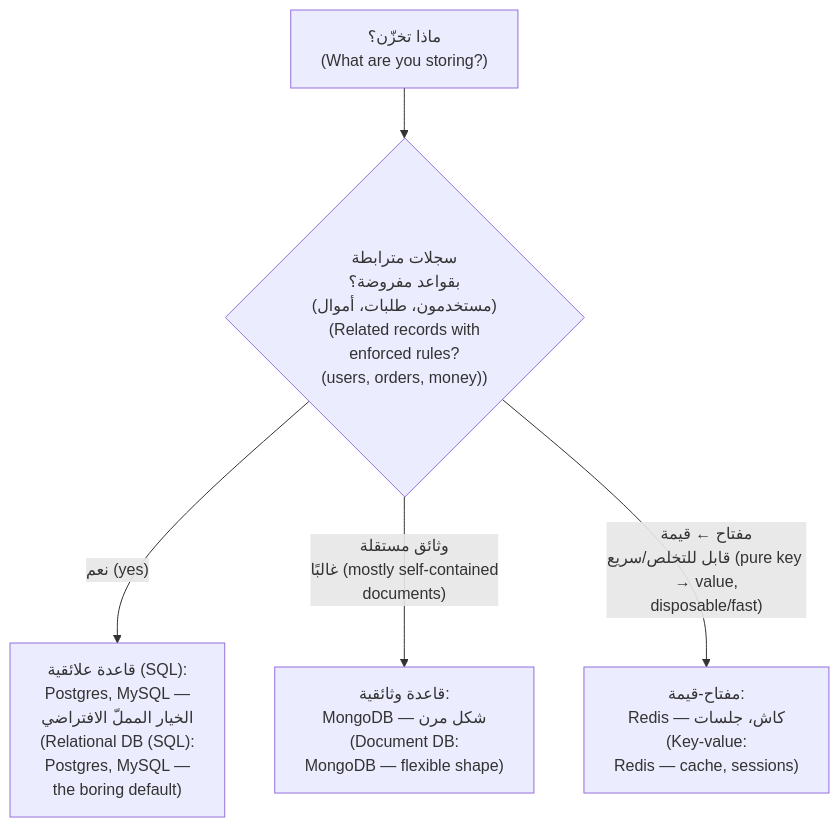
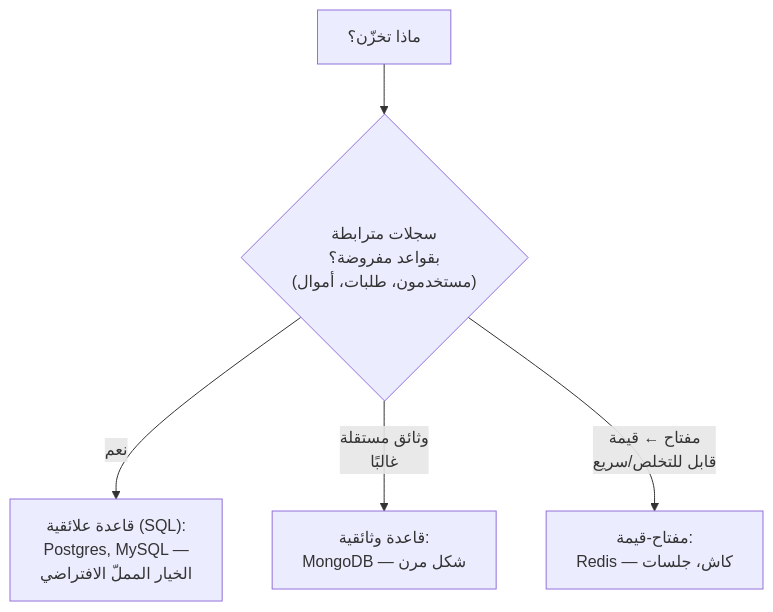
Before and after one commit to Tamoura/system-design-for-vibe-coders: the first of 10 diagrams in modules/02-data-storage-backups/module.ar.md, drawn with Mermaid. The commit also changed other lines of this file and 551 other files, not shown here.

````diff
--- a/modules/02-data-storage-backups/module.ar.md
+++ b/modules/02-data-storage-backups/module.ar.md
@@ -70,7 +70,7 @@
 ```mermaid
 flowchart TD
-    Q["ماذا تخزّن؟<br/>(What are you storing?)"] --> A{"سجلات مترابطة<br/>بقواعد مفروضة؟<br/>(مستخدمون، طلبات، أموال)<br/>(Related records with<br/>enforced rules?<br/>(users, orders, money))"}
-    A -->|"نعم (yes)"| SQL["قاعدة علائقية (SQL):<br/>Postgres, MySQL —<br/>الخيار المملّ الافتراضي<br/>(Relational DB (SQL):<br/>Postgres, MySQL —<br/>the boring default)"]
-    A -->|"وثائق مستقلة<br/>غالبًا (mostly self-contained<br/>documents)"| DOC["قاعدة وثائقية:<br/>MongoDB — شكل مرن<br/>(Document DB:<br/>MongoDB — flexible shape)"]
-    A -->|"مفتاح ← قيمة<br/>قابل للتخلص/سريع (pure key → value,<br/>disposable/fast)"| KV["مفتاح-قيمة:<br/>Redis — كاش، جلسات<br/>(Key-value:<br/>Redis — cache, sessions)"]
+    Q["ماذا تخزّن؟"] --> A{"سجلات مترابطة<br/>بقواعد مفروضة؟<br/>(مستخدمون، طلبات، أموال)"}
+    A -->|"نعم"| SQL["قاعدة علائقية (SQL):<br/>Postgres, MySQL —<br/>الخيار المملّ الافتراضي"]
+    A -->|"وثائق مستقلة<br/>غالبًا"| DOC["قاعدة وثائقية:<br/>MongoDB — شكل مرن"]
+    A -->|"مفتاح ← قيمة<br/>قابل للتخلص/سريع"| KV["مفتاح-قيمة:<br/>Redis — كاش، جلسات"]
 ```
````
